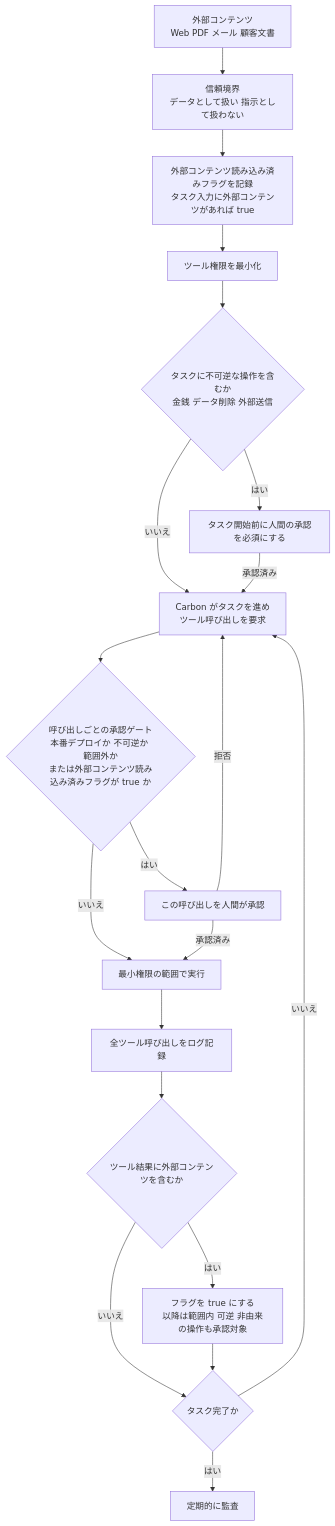
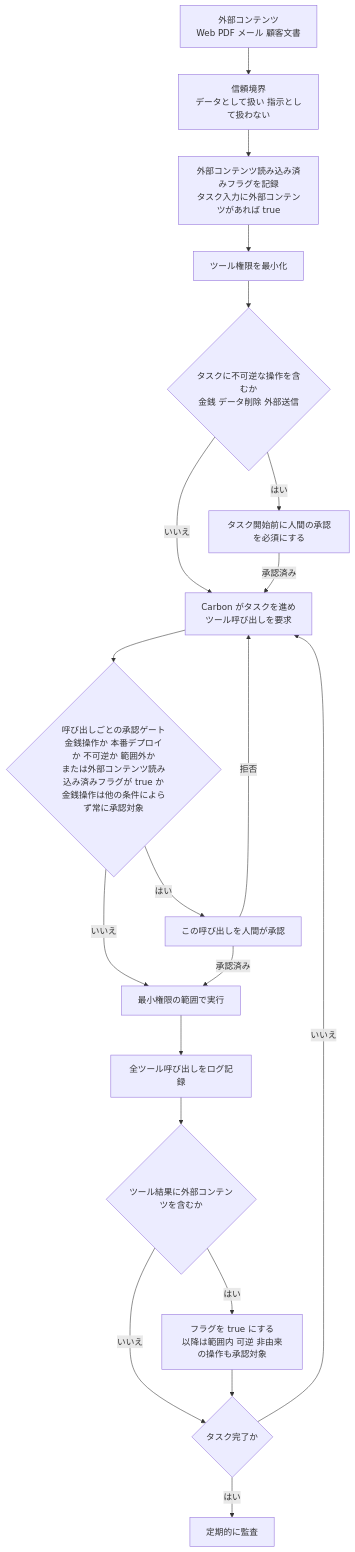
Before and after one commit to myoshi2891/Comparison-of-LLMs: the eighth of 9 diagrams in Gemini-4-carbon-guide.md, drawn with Mermaid. The commit also changed other lines of this file and 3 other files, not shown here.

````diff
--- a/Gemini-4-carbon-guide.md
+++ b/Gemini-4-carbon-guide.md
@@ -643,22 +645,22 @@
 ```mermaid
 flowchart TD
     IN["外部コンテンツ<br/>Web PDF メール 顧客文書"] --> TR["信頼境界<br/>データとして扱い 指示として扱わない"]
     TR --> FLAG["外部コンテンツ読み込み済みフラグを記録<br/>タスク入力に外部コンテンツがあれば true"]
     FLAG --> LP["ツール権限を最小化"]
     LP --> RISK{"タスクに不可逆な操作を含むか<br/>金銭 データ削除 外部送信"}
     RISK -- "はい" --> HU["タスク開始前に人間の承認を必須にする"]
     RISK -- "いいえ" --> RUN["Carbon がタスクを進め<br/>ツール呼び出しを要求"]
     HU -- "承認済み" --> RUN
-    RUN --> GATE{"呼び出しごとの承認ゲート<br/>本番デプロイか 不可逆か 範囲外か<br/>または外部コンテンツ読み込み済みフラグが true か"}
+    RUN --> GATE{"呼び出しごとの承認ゲート<br/>金銭操作か 本番デプロイか 不可逆か 範囲外か<br/>または外部コンテンツ読み込み済みフラグが true か<br/>金銭操作は他の条件によらず常に承認対象"}
     GATE -- "はい" --> HU2["この呼び出しを人間が承認"]
     GATE -- "いいえ" --> EXEC["最小権限の範囲で実行"]
     HU2 -- "承認済み" --> EXEC
     HU2 -- "拒否" --> RUN
     EXEC --> LOG["全ツール呼び出しをログ記録"]
     LOG --> READ{"ツール結果に外部コンテンツを含むか"}
     READ -- "はい" --> SET["フラグを true にする<br/>以降は範囲内 可逆 非由来の操作も承認対象"]
     READ -- "いいえ" --> NEXT
     SET --> NEXT{"タスク完了か"}
     NEXT -- "いいえ" --> RUN
     NEXT -- "はい" --> AUD["定期的に監査"]
 ```
````
